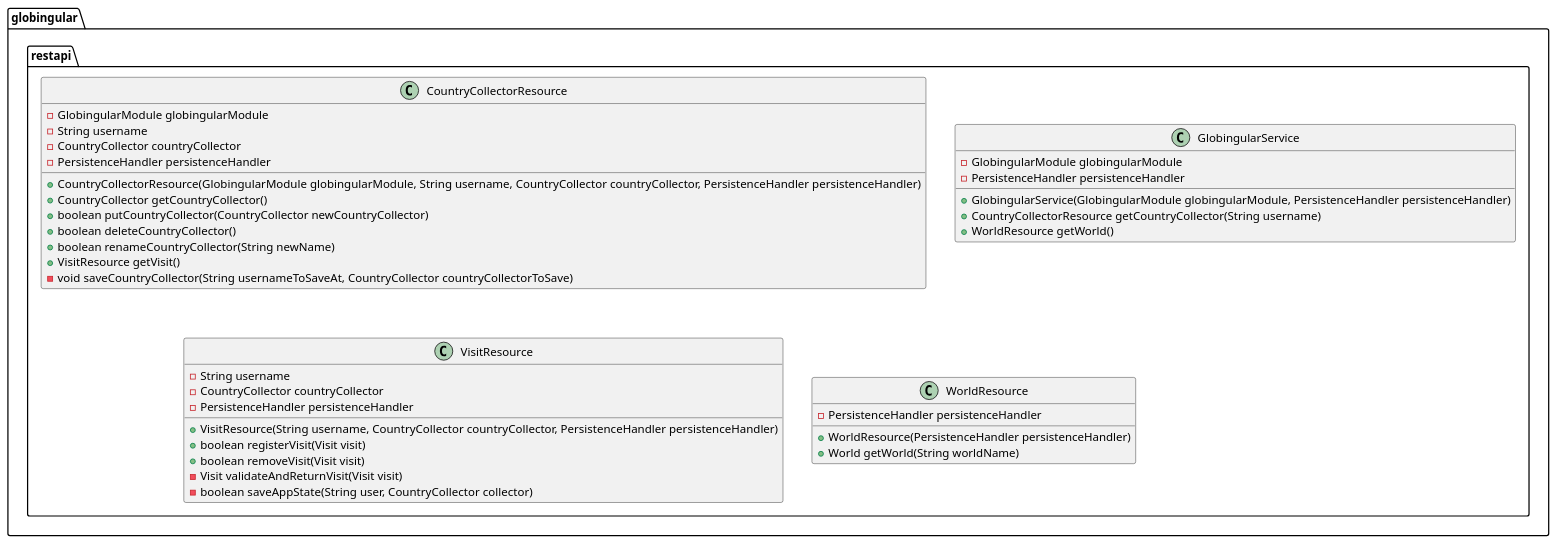
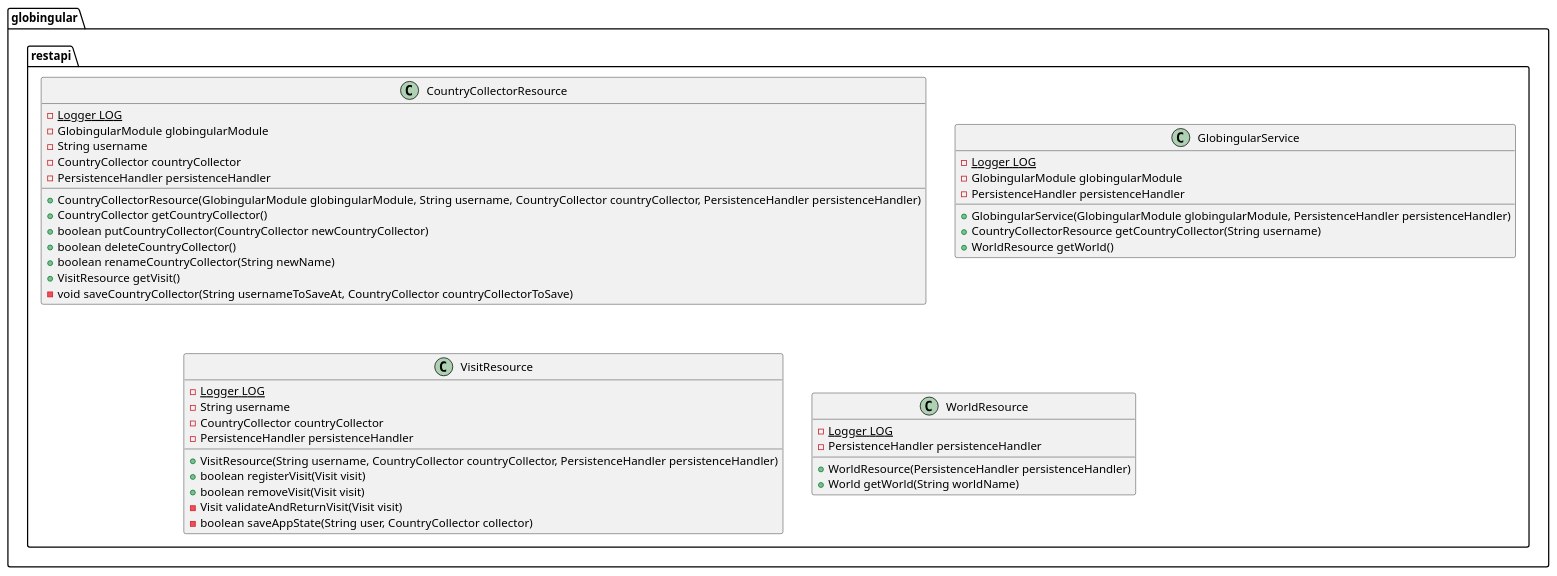
Before and after one commit to dotClique/globingular: the diagram in globingular/restapi/README.md, drawn with PlantUML.

Commit message:
Update diagram with Logger from #86

````diff
--- a/globingular/restapi/README.md
+++ b/globingular/restapi/README.md
@@ -17,39 +17,43 @@
 ```plantuml
 package globingular.restapi {
     class CountryCollectorResource [[java:globingular.restapi.CountryCollectorResource]] {
+        -{static}Logger LOG
         -GlobingularModule globingularModule
         -String username
         -CountryCollector countryCollector
         -PersistenceHandler persistenceHandler
         +CountryCollectorResource(GlobingularModule globingularModule, String username, CountryCollector countryCollector, PersistenceHandler persistenceHandler)
         +CountryCollector getCountryCollector()
         +boolean putCountryCollector(CountryCollector newCountryCollector)
         +boolean deleteCountryCollector()
         +boolean renameCountryCollector(String newName)
         +VisitResource getVisit()
         -void saveCountryCollector(String usernameToSaveAt, CountryCollector countryCollectorToSave)
     }
     class GlobingularService [[java:globingular.restapi.GlobingularService]] {
+        -{static}Logger LOG
         -GlobingularModule globingularModule
         -PersistenceHandler persistenceHandler
         +GlobingularService(GlobingularModule globingularModule, PersistenceHandler persistenceHandler)
         +CountryCollectorResource getCountryCollector(String username)
         +WorldResource getWorld()
     }
     class VisitResource [[java:globingular.restapi.VisitResource]] {
+        -{static}Logger LOG
         -String username
         -CountryCollector countryCollector
         -PersistenceHandler persistenceHandler
         +VisitResource(String username, CountryCollector countryCollector, PersistenceHandler persistenceHandler)
         +boolean registerVisit(Visit visit)
         +boolean removeVisit(Visit visit)
         -Visit validateAndReturnVisit(Visit visit)
         -boolean saveAppState(String user, CountryCollector collector)
     }
     class WorldResource [[java:globingular.restapi.WorldResource]] {
+        -{static}Logger LOG
         -PersistenceHandler persistenceHandler
         +WorldResource(PersistenceHandler persistenceHandler)
         +World getWorld(String worldName)
     }
 }
 ```
````
